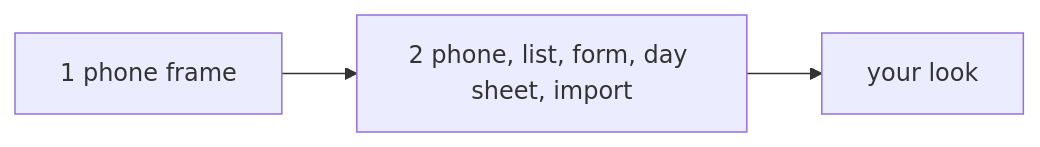
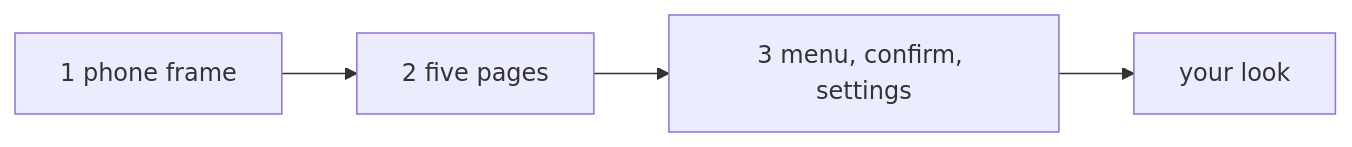
Before and after one commit to ancJ29/credo: the diagram in docs/recaps/2026-11-22-gallery-pages.md, drawn with Mermaid. The commit also changed other lines of this file and 3 other files, not shown here.

````diff
--- a/docs/recaps/2026-11-22-gallery-pages.md
+++ b/docs/recaps/2026-11-22-gallery-pages.md
@@ -5,4 +5,4 @@
 ```mermaid
 flowchart LR
-  a["1 phone frame"] --> b["2 phone, list, form, day sheet, import"] --> c["your look"]
+  a["1 phone frame"] --> b["2 five pages"] --> c["3 menu, confirm, settings"] --> d["your look"]
 ```
````
